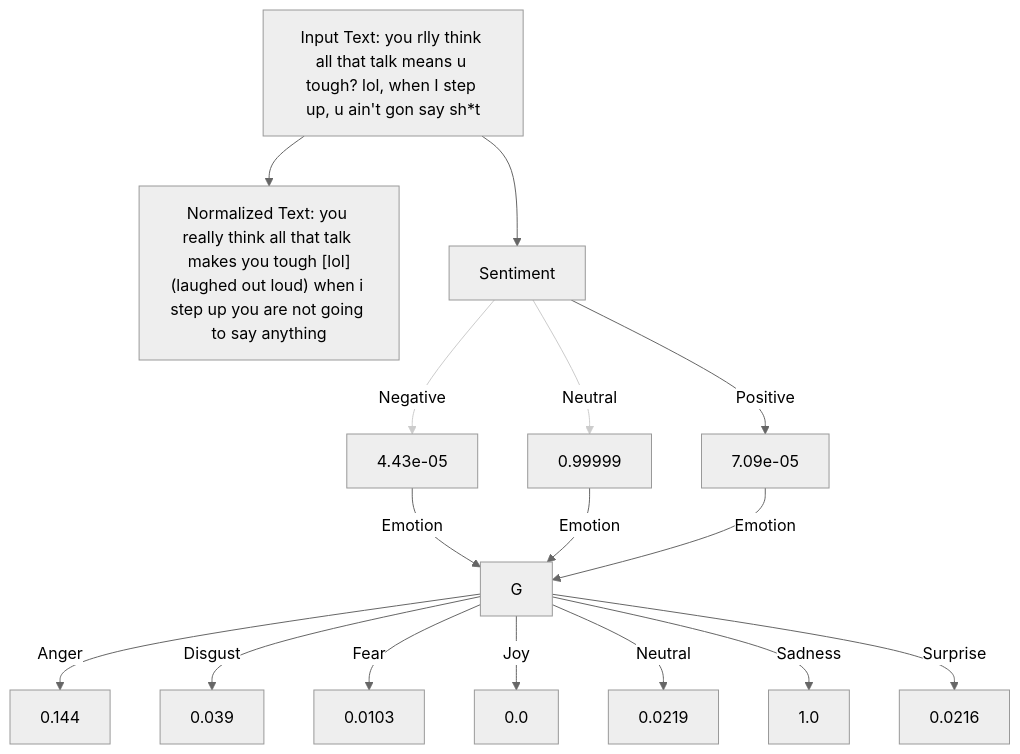
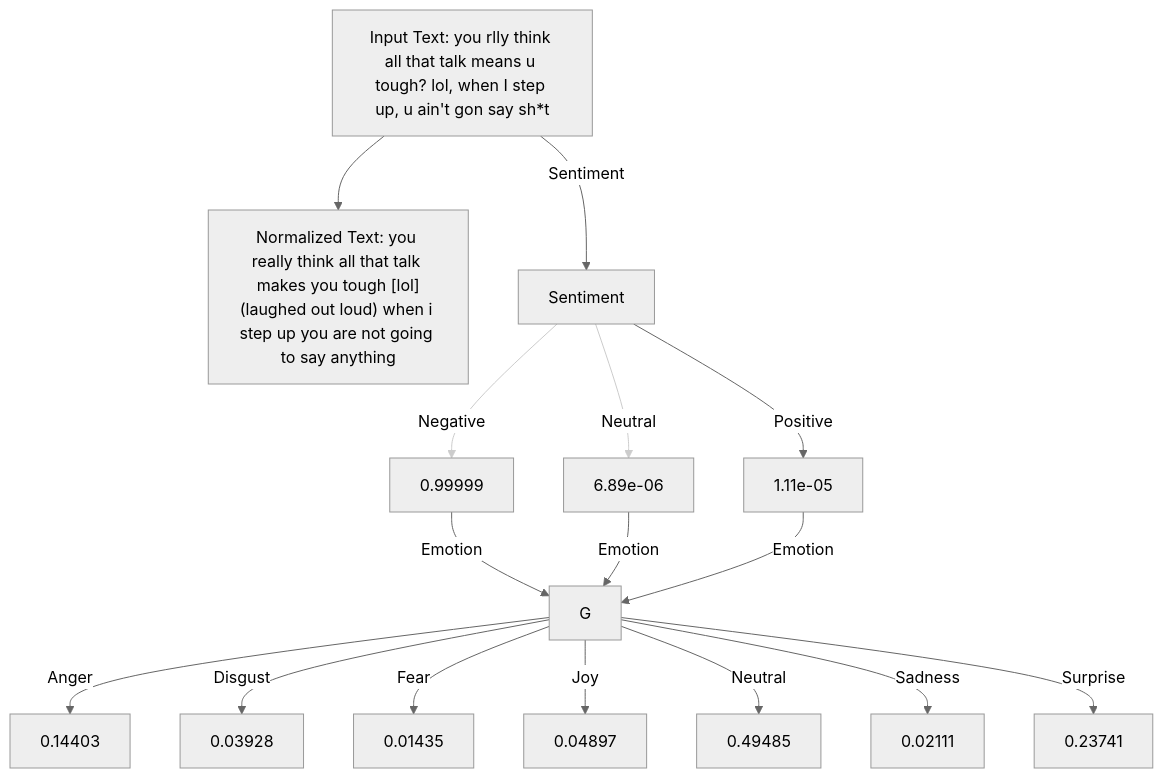
Before and after one commit to ArchismanKarmakar/Tachygraphy-Microtext-Analysis-And-Normalization: the second of 3 diagrams in README.md, drawn with Mermaid (neutral theme). The commit also changed other lines of this file, not shown here.

````diff
--- a/README.md
+++ b/README.md
@@ -111,38 +107,33 @@
 ```mermaid
 graph TD;
-    %% Input and normalized text
+    %% Input and normalized text nodes
     A["Input Text: you rlly think all that talk means u tough? lol, when I step up, u ain't gon say sh*t"]
     B["Normalized Text: you really think all that talk makes you tough [lol](laughed out loud) when i step up you are not going to say anything"]
+    C["Sentiment"]
 
-    %% Sentiment stage
-    C["Sentiment"]
-    
     A --> B
-    A --> C
+    A -->|Sentiment| C
 
-    %% Sentiment value nodes with values inside the box;
-    %% The arrow labels carry the category names.
-    C -->|Negative| D["4.43e-05"]
-    C -->|Neutral| E["0.99999"]
-    C -->|Positive| F["7.09e-05"]
+    %% Sentiment value nodes
+    C -->|Negative| D["0.99999"]
+    C -->|Neutral| E["6.89e-06"]
+    C -->|Positive| F["1.11e-05"]
 
-    %% All sentiment nodes feed into the Emotion stage.
+    %% Converge sentiment nodes to Emotion stage
     D -->|Emotion| G
     E -->|Emotion| G
     F -->|Emotion| G
 
-    %% Emotion stage: arrows label the emotion category, nodes contain the numeric value.
-    G -->|Anger| H["0.144"]
-    G -->|Disgust| I["0.039"]
-    G -->|Fear| J["0.0103"]
-    G -->|Joy| K["0.0"]
-    G -->|Neutral| L["0.0219"]
-    G -->|Sadness| M["1.0"]
-    G -->|Surprise| N["0.0216"]
+    %% Emotion nodes: arrow labels show emotion category; nodes show numeric values.
+    G -->|Anger| H["0.14403"]
+    G -->|Disgust| I["0.03928"]
+    G -->|Fear| J["0.01435"]
+    G -->|Joy| K["0.04897"]
+    G -->|Neutral| L["0.49485"]
+    G -->|Sadness| M["0.02111"]
+    G -->|Surprise| N["0.23741"]
 
-%% Style the edges for lower-probability sentiment arrows with a lighter stroke
-%% (Assuming the second and third edges from C are "Neutral" and "Positive")
+%% Style the Neutral and Positive sentiment arrows with a lighter stroke.
 linkStyle 2 stroke:#cccccc, stroke-width:1px;
 linkStyle 3 stroke:#cccccc, stroke-width:1px;
-
 ```
````
